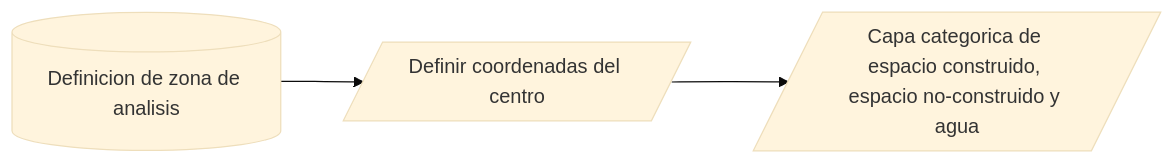
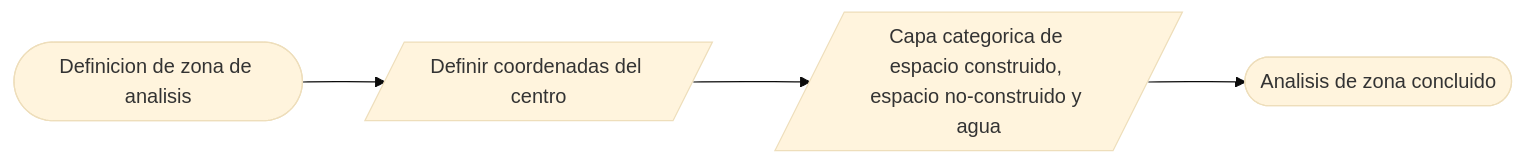
One commit to vshalisko/GEE changed the diagram in AUEM/Esquemas/Esquema_de_procesos.mermaid. Above: the diagram before and after it, drawn with Mermaid (base theme).

```diff
--- a/AUEM/Esquemas/Esquema_de_procesos.mermaid
+++ b/AUEM/Esquemas/Esquema_de_procesos.mermaid
@@ -1,4 +1,5 @@
 flowchart LR
-  A[(Definicion de zona de analisis)]-->B
+  A([Definicion de zona de analisis])-->B
   B[/Definir coordenadas del centro/]-->C
-  C[/Capa categorica de espacio construido, espacio no-construido y agua/]
+  C[/Capa categorica de espacio construido, espacio no-construido y agua/]-->Z1
+  Z1([Analisis de zona concluido])
```
